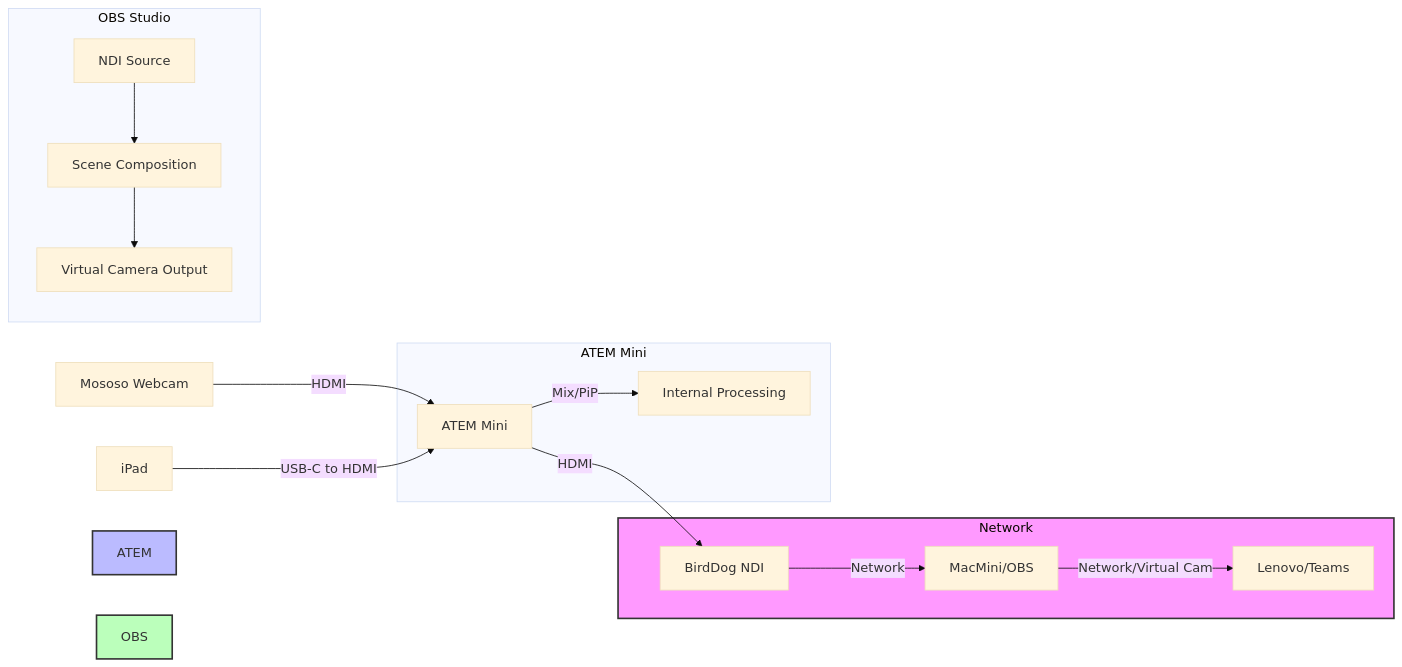
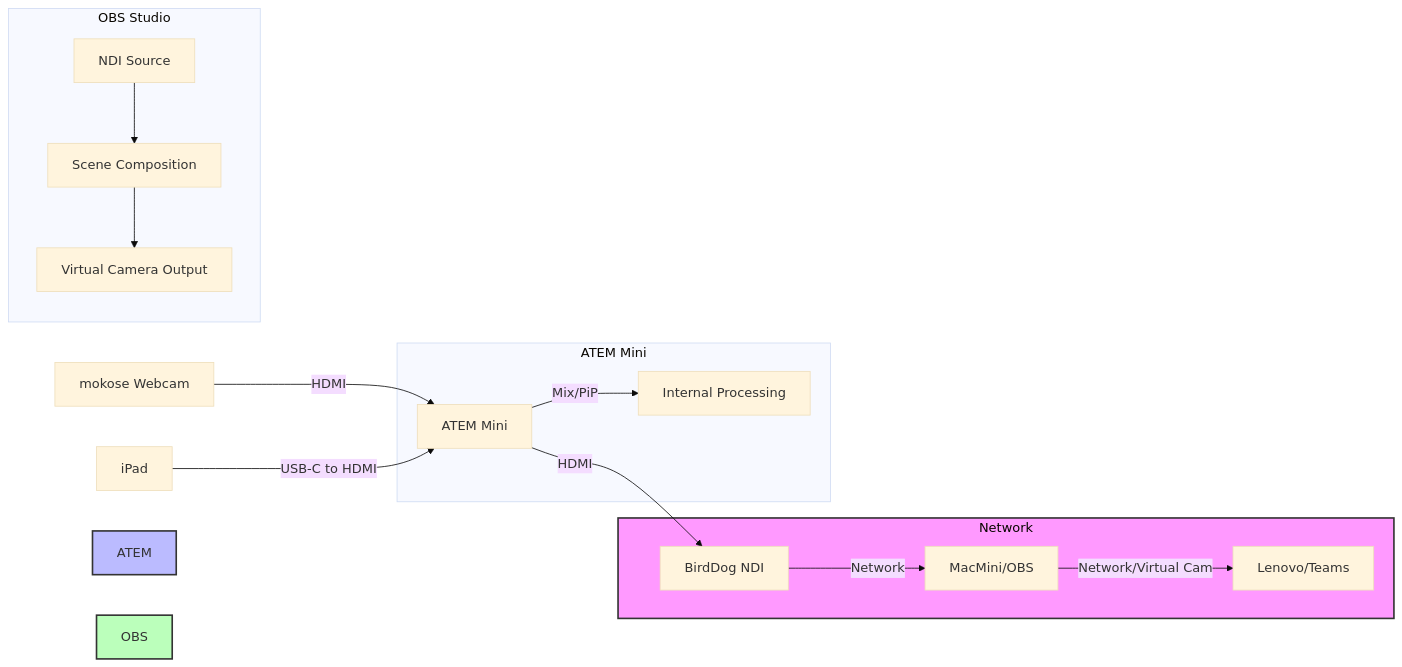
Before and after one commit to vanHeemstraSystems/video-conferencing-headstart: the first of 2 diagrams in 100/1400/README.md, drawn with Mermaid (base theme). The commit also changed other lines of this file, not shown here.

````diff
--- a/100/1400/README.md
+++ b/100/1400/README.md
@@ -72,27 +72,27 @@
 ``` mermaid
 graph LR
-    A[Mososo Webcam] -->|HDMI| B[ATEM Mini]
+    A[mokose Webcam] -->|HDMI| B[ATEM Mini]
     C[iPad] -->|USB-C to HDMI| B
     B -->|HDMI| D[BirdDog NDI]
     D -->|Network| E[MacMini/OBS]
     E -->|Network/Virtual Cam| F[Lenovo/Teams]
     
     subgraph Network
         D
         E
         F
     end
     
     subgraph ATEM Mini
         B -->|Mix/PiP| B1[Internal Processing]
     end
     
     subgraph OBS Studio
         E1[NDI Source] --> E2[Scene Composition]
         E2 --> E3[Virtual Camera Output]
     end
 
     style Network fill:#f9f,stroke:#333,stroke-width:2px
     style ATEM fill:#bbf,stroke:#333,stroke-width:2px
     style OBS fill:#bfb,stroke:#333,stroke-width:2px
 ```
````
